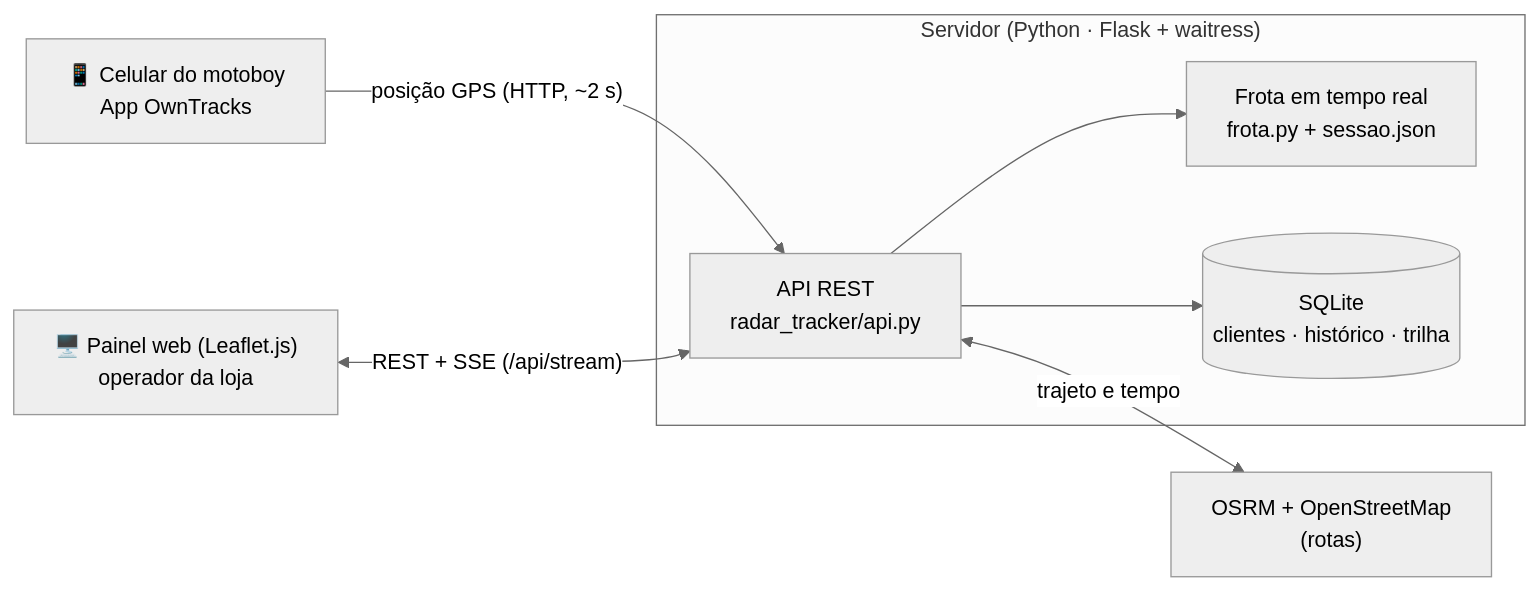
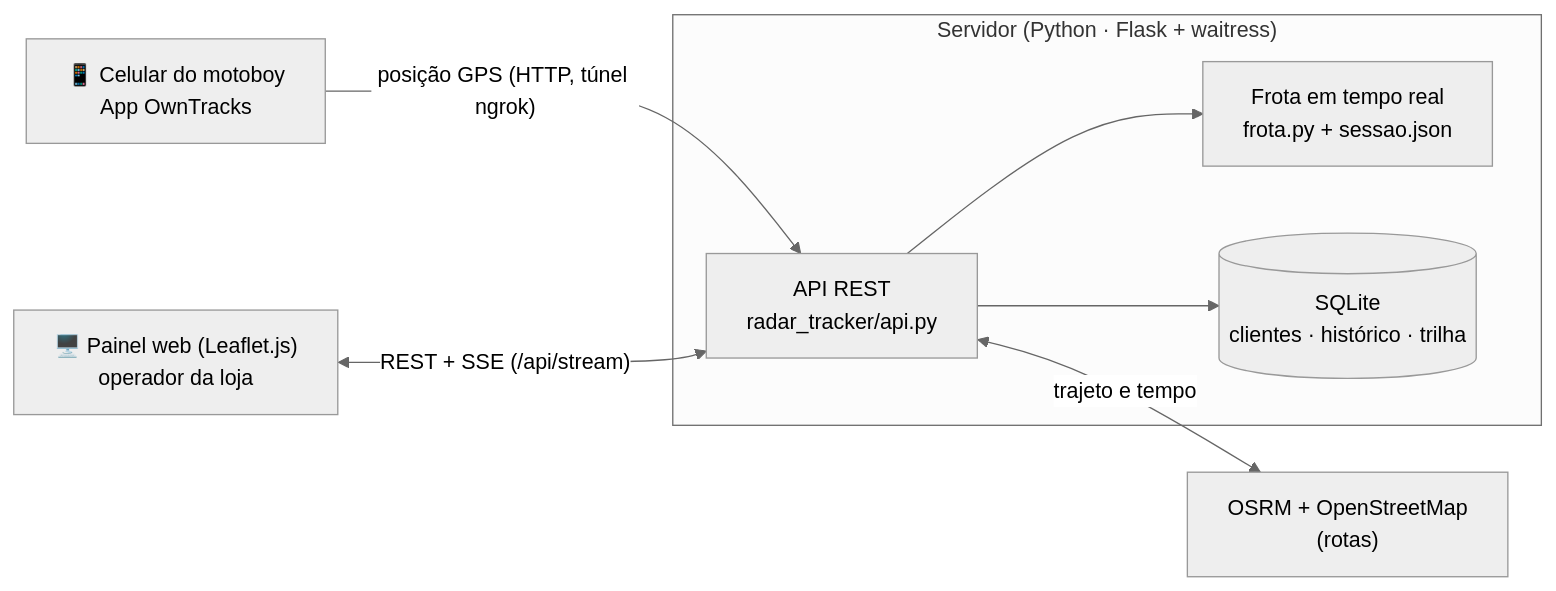
Before and after one commit to AndreeSpecht/GalviTracks: the diagram in README.md, drawn with Mermaid (neutral theme). The commit also changed other lines of this file and 12 other files, not shown here.

````diff
--- a/README.md
+++ b/README.md
@@ -158,17 +93,17 @@
 ```mermaid
 flowchart LR
     APP["📱 Celular do motoboy<br/>App OwnTracks"]
     subgraph SRV["Servidor (Python · Flask + waitress)"]
         API["API REST<br/>radar_tracker/api.py"]
         FROTA["Frota em tempo real<br/>frota.py + sessao.json"]
         DB[("SQLite<br/>clientes · histórico · trilha")]
     end
     OSRM["OSRM + OpenStreetMap<br/>(rotas)"]
     WEB["🖥️ Painel web (Leaflet.js)<br/>operador da loja"]
 
-    APP -- "posição GPS (HTTP, ~2 s)" --> API
+    APP -- "posição GPS (HTTP, túnel ngrok)" --> API
     WEB <-->|"REST + SSE (/api/stream)"| API
     API --> FROTA
     API --> DB
     API <-->|"trajeto e tempo"| OSRM
 ```
````
